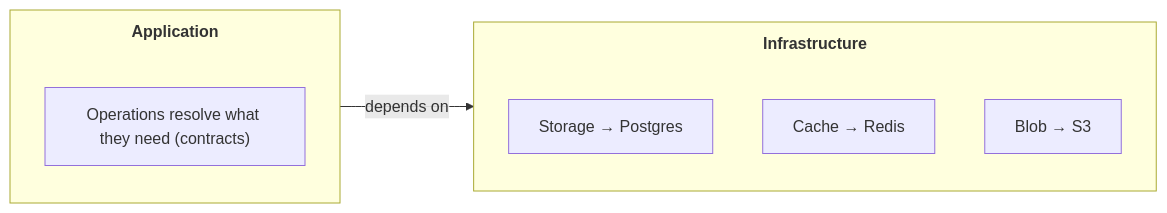
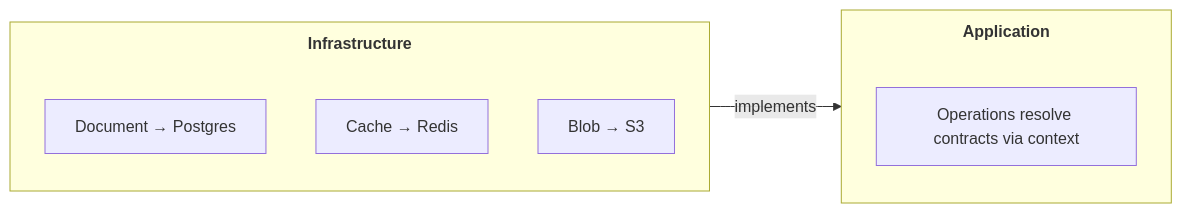
Before and after one commit to morzecrew/forze: the seventh of 7 diagrams in docs/CORE_CONCEPTS.md, drawn with Mermaid. The commit also changed other lines of this file, not shown here.

````diff
--- a/docs/CORE_CONCEPTS.md
+++ b/docs/CORE_CONCEPTS.md
@@ -191,21 +191,21 @@
 ```mermaid
 ---
 config:
   flowchart:
     subGraphTitleMargin:
       top: 10
       bottom: 30
 ---
 flowchart LR
     subgraph App["<b>Application</b>"]
-        Ops["Operations resolve what they need (contracts)"]
+        Ops["Operations resolve contracts via context"]
     end
 
     subgraph Infra["<b>Infrastructure</b>"]
-        S["Storage → Postgres"]
+        S["Document → Postgres"]
         C["Cache → Redis"]
         B["Blob → S3"]
     end
 
-    App -->|depends on| Infra
+    Infra -->|implements| App
 ```
````
